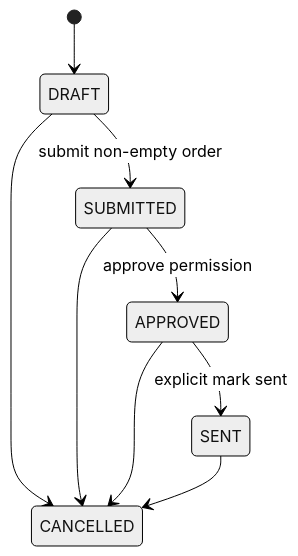
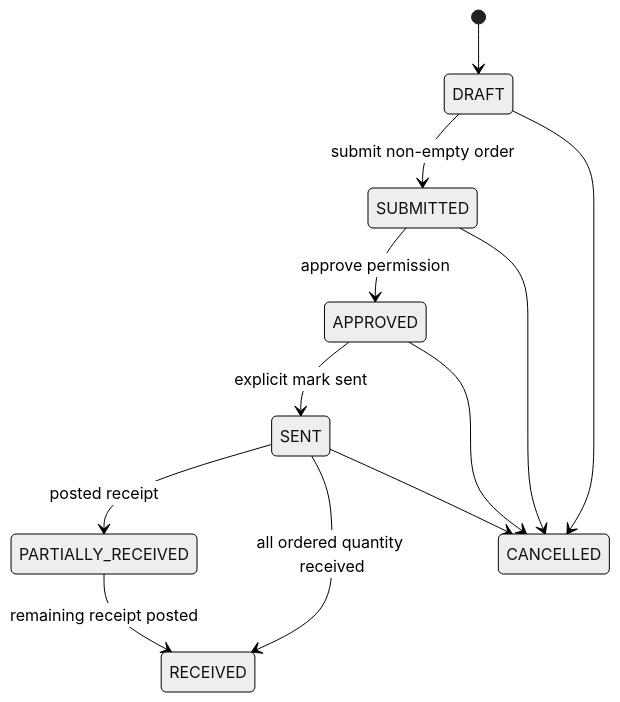
Before and after one commit to smjubayercse/invenlio: the diagram in docs/domain/purchase-orders.md, drawn with Mermaid (neutral theme). The commit also changed other lines of this file and 26 other files, not shown here.

````diff
--- a/docs/domain/purchase-orders.md
+++ b/docs/domain/purchase-orders.md
@@ -5,11 +5,14 @@
 ```mermaid
 stateDiagram-v2
   [*] --> DRAFT
   DRAFT --> SUBMITTED: submit non-empty order
   SUBMITTED --> APPROVED: approve permission
   APPROVED --> SENT: explicit mark sent
+  SENT --> PARTIALLY_RECEIVED: posted receipt
+  SENT --> RECEIVED: all ordered quantity received
+  PARTIALLY_RECEIVED --> RECEIVED: remaining receipt posted
   DRAFT --> CANCELLED
   SUBMITTED --> CANCELLED
   APPROVED --> CANCELLED
   SENT --> CANCELLED
 ```
````
